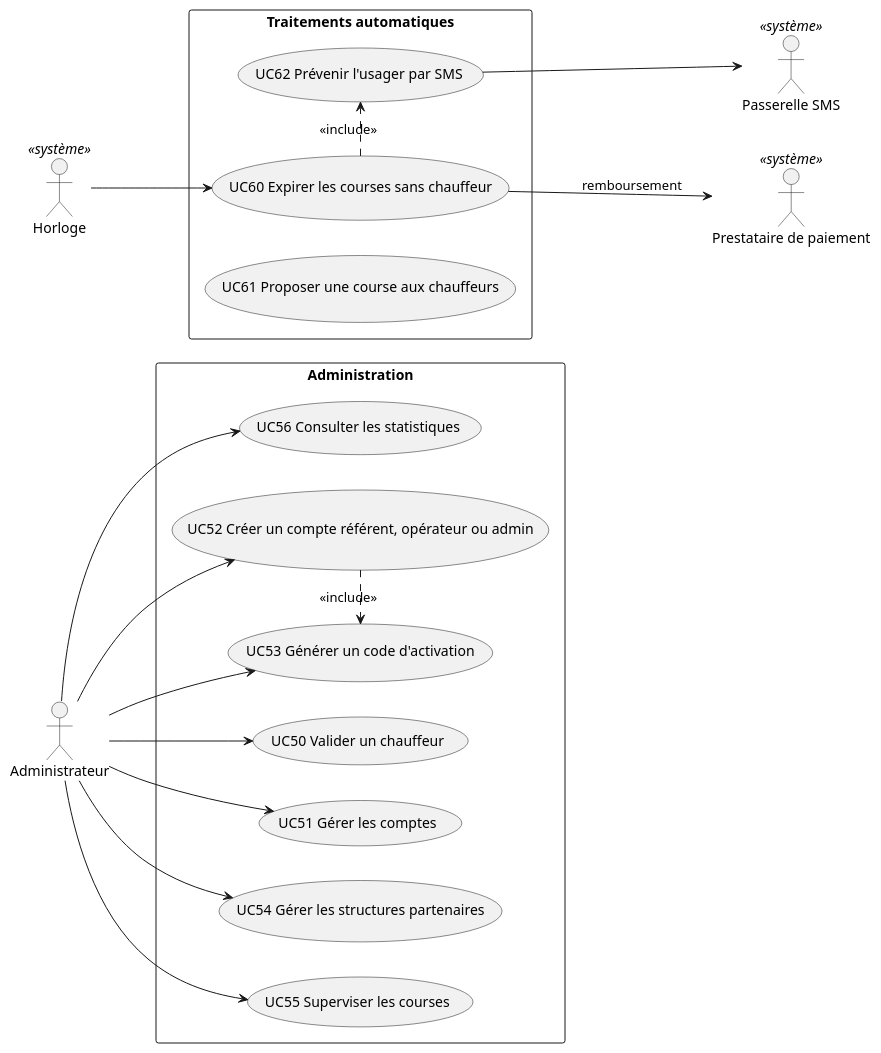
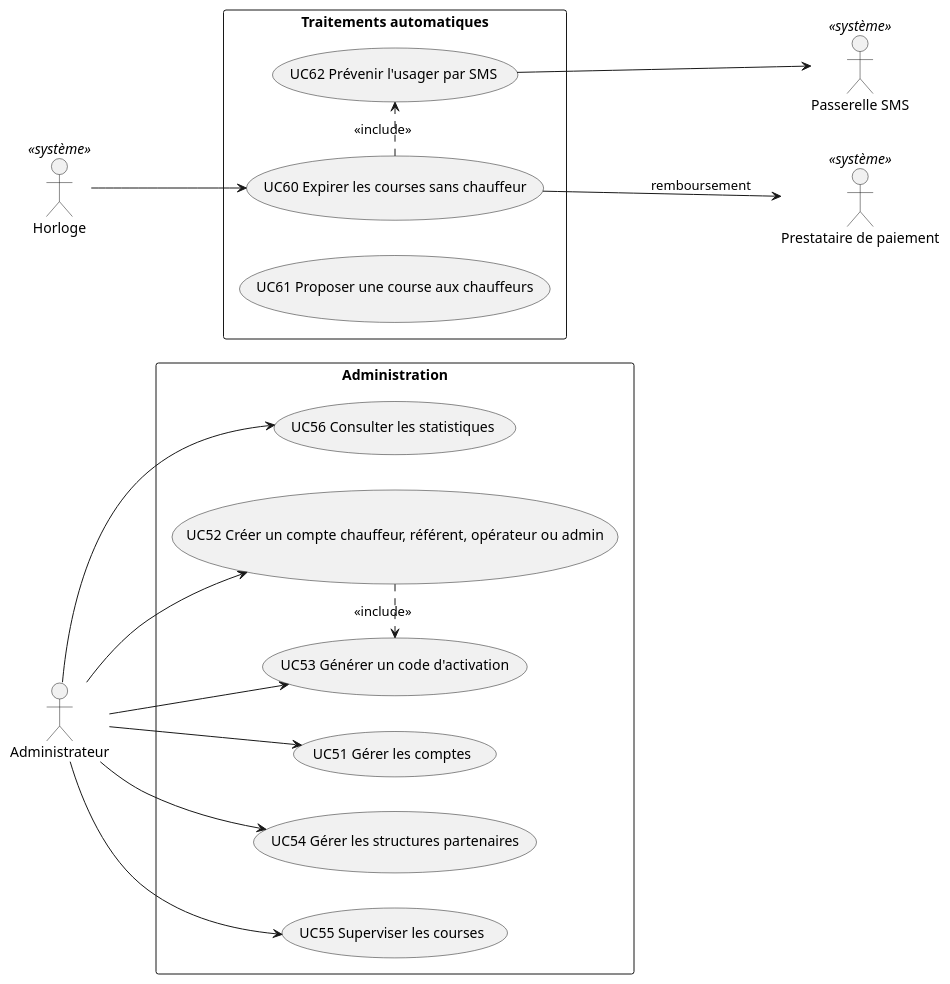
Before and after one commit to DenisZAPOI/Ingeco: the sixth of 6 diagrams in docs/cas-d-utilisation.md, drawn with PlantUML. The commit also changed other lines of this file and 4 other files, not shown here.

````diff
--- a/docs/cas-d-utilisation.md
+++ b/docs/cas-d-utilisation.md
@@ -218,36 +216,34 @@
 ```plantuml
 @startuml
 left to right direction
 actor Administrateur as Admin
 actor Horloge <<système>>
 actor "Passerelle SMS" as SMS <<système>>
 actor "Prestataire de paiement" as PSP <<système>>
 
 rectangle "Administration" {
-  usecase "UC50 Valider un chauffeur" as UC50
   usecase "UC51 Gérer les comptes" as UC51
-  usecase "UC52 Créer un compte référent, opérateur ou admin" as UC52
+  usecase "UC52 Créer un compte chauffeur, référent, opérateur ou admin" as UC52
   usecase "UC53 Générer un code d'activation" as UC53
   usecase "UC54 Gérer les structures partenaires" as UC54
   usecase "UC55 Superviser les courses" as UC55
   usecase "UC56 Consulter les statistiques" as UC56
 }
 rectangle "Traitements automatiques" {
   usecase "UC60 Expirer les courses sans chauffeur" as UC60
   usecase "UC61 Proposer une course aux chauffeurs" as UC61
   usecase "UC62 Prévenir l'usager par SMS" as UC62
 }
-Admin --> UC50
 Admin --> UC51
 Admin --> UC52
 Admin --> UC53
 Admin --> UC54
 Admin --> UC55
 Admin --> UC56
 UC52 .> UC53 : <<include>>
 Horloge --> UC60
 UC60 --> PSP : remboursement
 UC60 .> UC62 : <<include>>
 UC62 --> SMS
 @enduml
 ```
````
